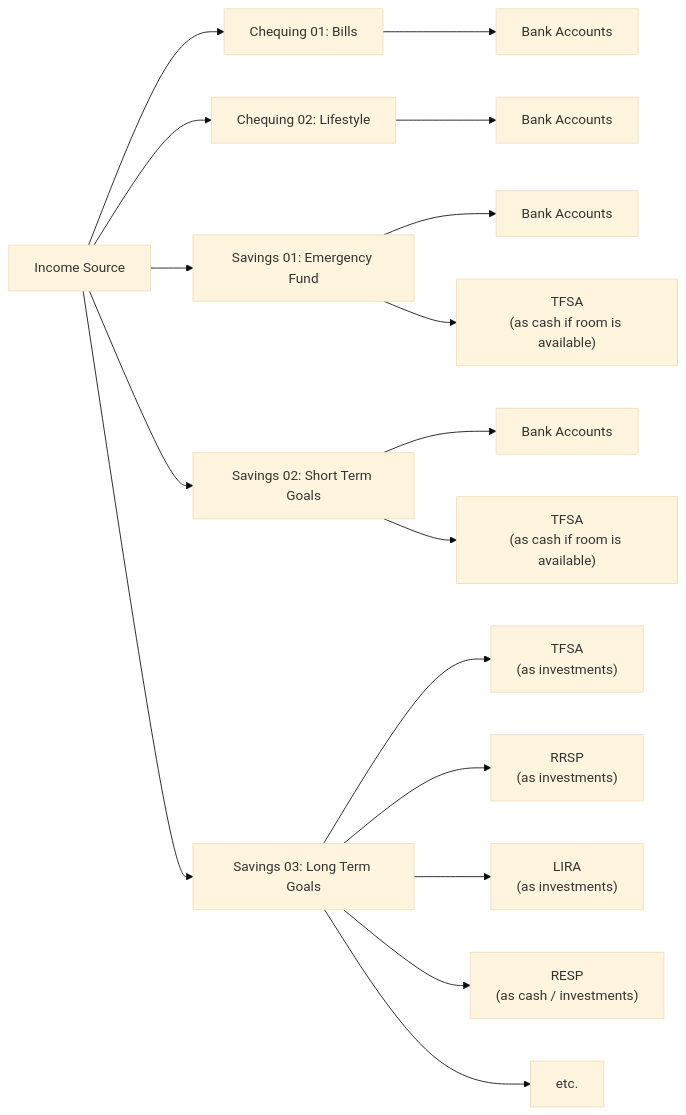
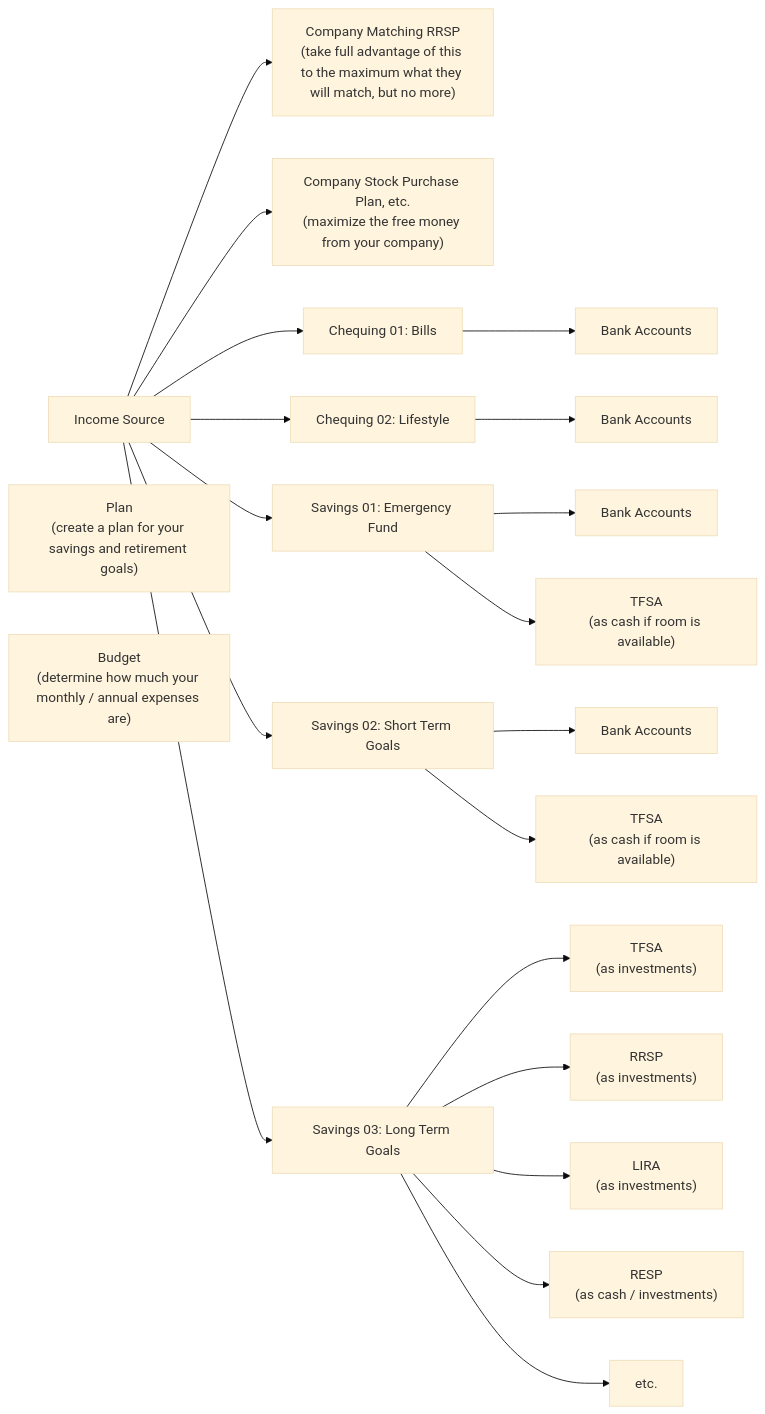
Before and after one commit to ksewlochan/Sewlochan: the first of 2 diagrams in 02_FinancialLiteracy/02d_FinancialLiteracy_Banking.md, drawn with Mermaid (base theme).

Commit message:
Added items to the flowchart

````diff
--- a/02_FinancialLiteracy/02d_FinancialLiteracy_Banking.md
+++ b/02_FinancialLiteracy/02d_FinancialLiteracy_Banking.md
@@ -63,20 +63,24 @@
 ``` mermaid
 	flowchart LR
-		IncomeSource["Income Source"] --> ChequingBills["Chequing 01: Bills"]
+		IncomeSource["Income Source"] --> CompanyRRSP["Company Matching RRSP<br>(take full advantage of this to the maximum what they will match, but no more)"]
+		IncomeSource --> CompanyStock["Company Stock Purchase Plan, etc.<br>(maximize the free money from your company)"]
+		IncomeSource --> ChequingBills["Chequing 01: Bills"]
 		IncomeSource --> ChequingLifestyle["Chequing 02: Lifestyle"]
 		IncomeSource --> SavingsEmergencyFund["Savings 01: Emergency Fund"]
 		IncomeSource --> SavingsShortTerm["Savings 02: Short Term Goals"]
 		IncomeSource --> SavingsLongTerm["Savings 03: Long Term Goals"]
 		
 		ChequingBills --> BankAccountA["Bank Accounts"]
 		ChequingLifestyle --> BankAccountB["Bank Accounts"]
 		SavingsEmergencyFund --> BankAccountC["Bank Accounts"]
 		SavingsEmergencyFund --> TFSAa["TFSA<br>(as cash if room is available)"]
 		SavingsShortTerm --> BankAccountD["Bank Accounts"]
 		SavingsShortTerm --> TFSAb["TFSA<br>(as cash if room is available)"]
 		SavingsLongTerm --> TFSAc["TFSA<br>(as investments)"]
 		SavingsLongTerm --> RRSP["RRSP<br>(as investments)"]
 		SavingsLongTerm --> LIRA["LIRA<br>(as investments)"]
 		SavingsLongTerm --> RESP["RESP<br>(as cash / investments)"]
 		SavingsLongTerm --> etc["etc."]
+		Plan["Plan<br>(create a plan for your savings and retirement goals)"]
+		Budget["Budget<br>(determine how much your monthly / annual expenses are)"]
 ```
````
